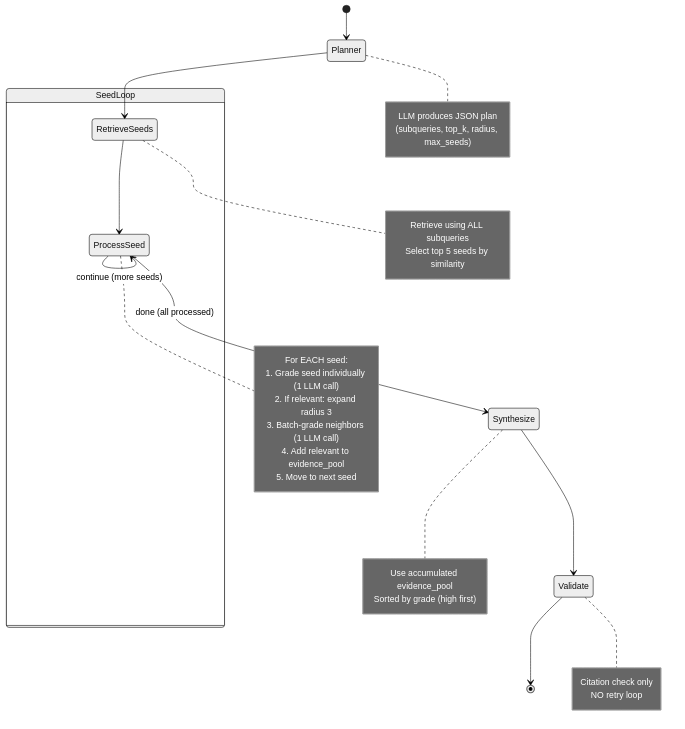
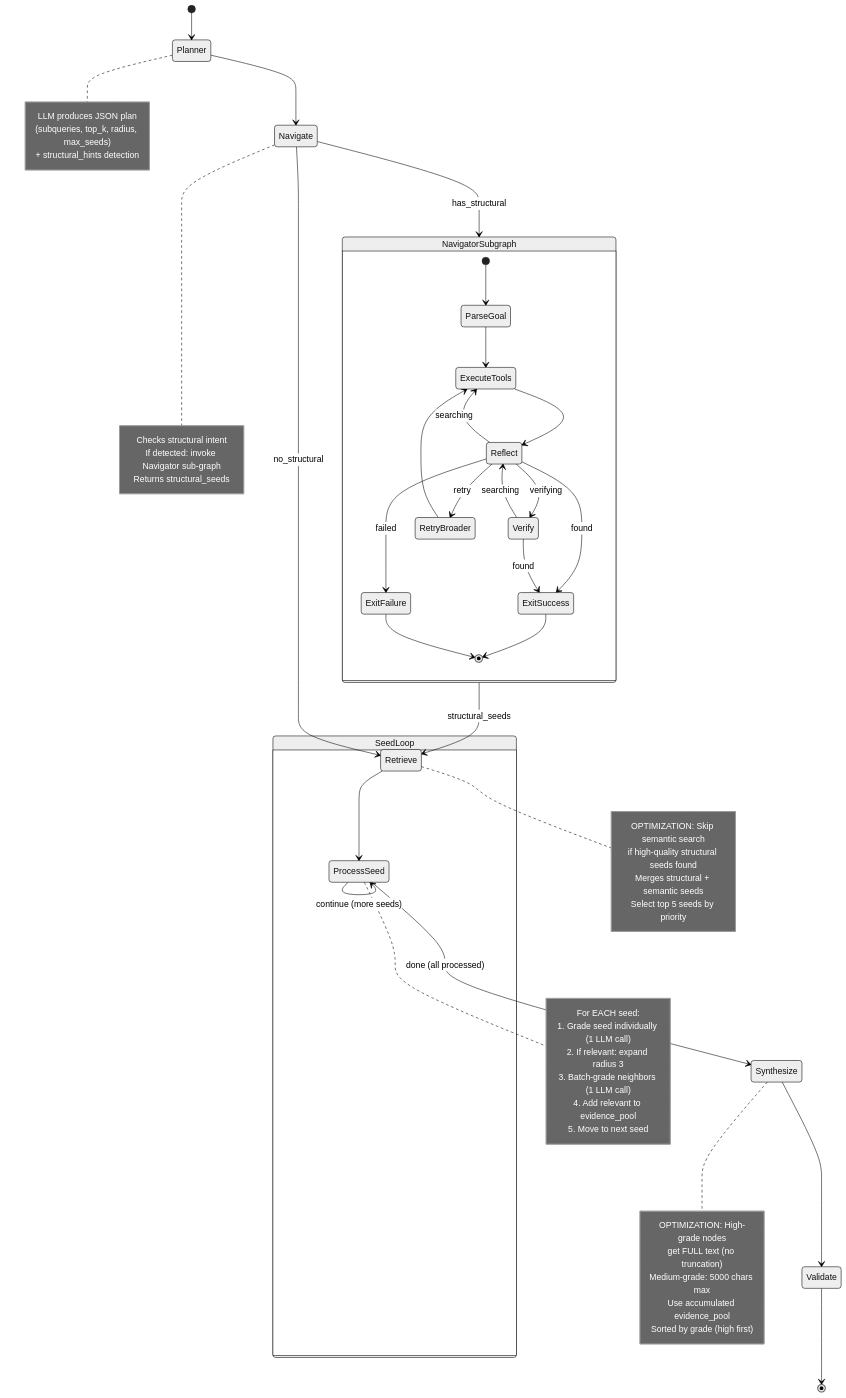
One commit to MuhammadAli13562/ExRAG changed the third of 3 diagrams in retrieval/agent_flowchart.md. Above: the diagram before and after it, drawn with Mermaid (neutral theme). The commit also changed other lines of this file and 3 other files, not shown here.

Commit message:
Revamped the navigator sub-agent now working perfect

````diff
--- a/retrieval/agent_flowchart.md
+++ b/retrieval/agent_flowchart.md
@@ -32,44 +73,71 @@
 ```mermaid
 stateDiagram-v2
     [*] --> Planner
-
-    Planner --> RetrieveSeeds
-
+    
+    Planner --> Navigate
+    
+    state NavigatorSubgraph {
+        [*] --> ParseGoal
+        ParseGoal --> ExecuteTools
+        ExecuteTools --> Reflect
+        Reflect --> Verify: verifying
+        Reflect --> RetryBroader: retry
+        Reflect --> ExecuteTools: searching
+        Reflect --> ExitSuccess: found
+        Reflect --> ExitFailure: failed
+        Verify --> ExitSuccess: found
+        Verify --> Reflect: searching
+        RetryBroader --> ExecuteTools
+        ExitSuccess --> [*]
+        ExitFailure --> [*]
+    }
+    
+    Navigate --> NavigatorSubgraph: has_structural
+    Navigate --> Retrieve: no_structural
+    NavigatorSubgraph --> Retrieve: structural_seeds
+    
     state SeedLoop {
-        RetrieveSeeds --> ProcessSeed
+        Retrieve --> ProcessSeed
         ProcessSeed --> ProcessSeed: continue (more seeds)
     }
-
+    
     ProcessSeed --> Synthesize: done (all processed)
     Synthesize --> Validate
     Validate --> [*]
-
+    
     note right of Planner
         LLM produces JSON plan
         (subqueries, top_k, radius, max_seeds)
+        + structural_hints detection
     end note
-
-    note right of RetrieveSeeds
-        Retrieve using ALL subqueries
-        Select top 5 seeds by similarity
+    
+    note right of Navigate
+        Checks structural intent
+        If detected: invoke Navigator sub-graph
+        Returns structural_seeds
     end note
-
+    
+    note right of Retrieve
+        OPTIMIZATION: Skip semantic search
+        if high-quality structural seeds found
+        Merges structural + semantic seeds
+        Select top 5 seeds by priority
+    end note
+    
     note right of ProcessSeed
         For EACH seed:
         1. Grade seed individually (1 LLM call)
         2. If relevant: expand radius 3
         3. Batch-grade neighbors (1 LLM call)
         4. Add relevant to evidence_pool
         5. Move to next seed
     end note
-
+    
     note right of Synthesize
+        OPTIMIZATION: High-grade nodes
+        get FULL text (no truncation)
+        Medium-grade: 5000 chars max
         Use accumulated evidence_pool
         Sorted by grade (high first)
     end note
-
-    note right of Validate
-        Citation check only
-        NO retry loop
-    end note
 ```
````
